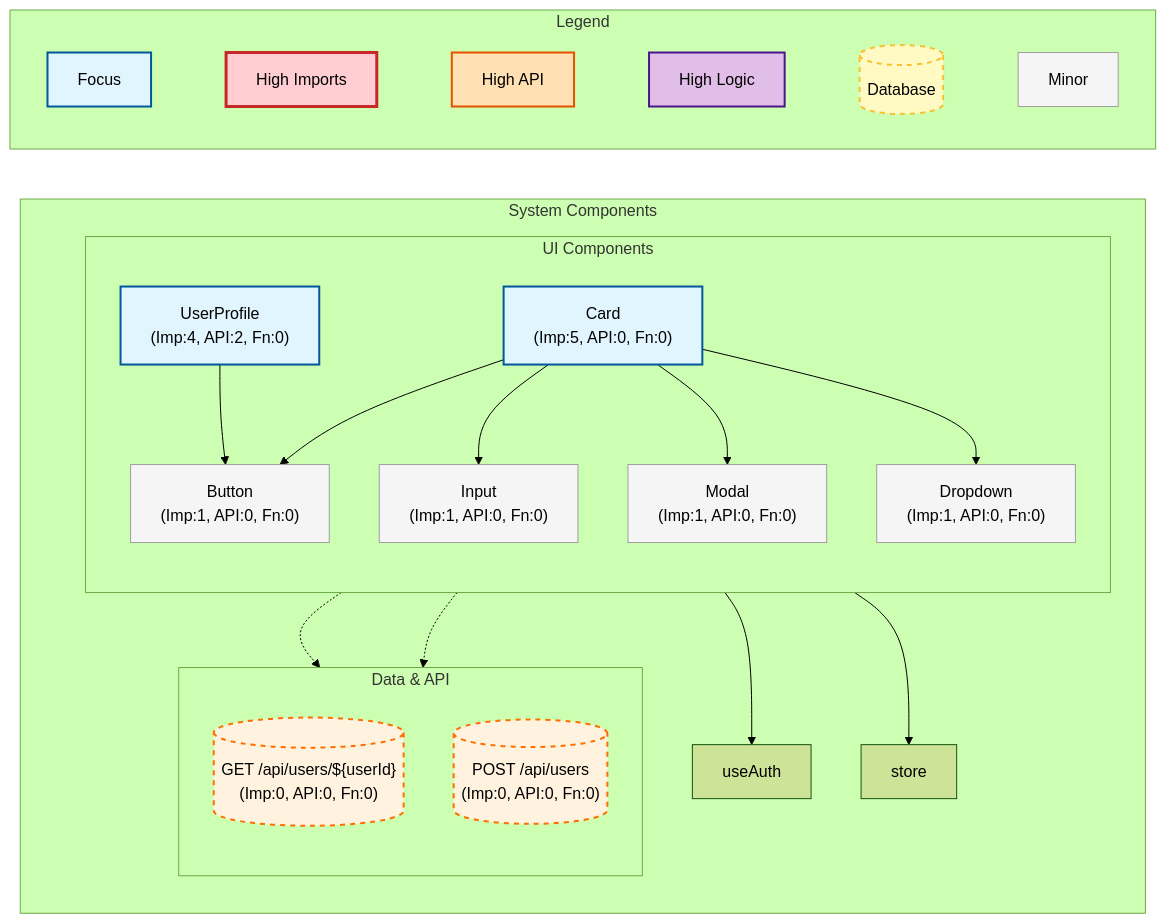
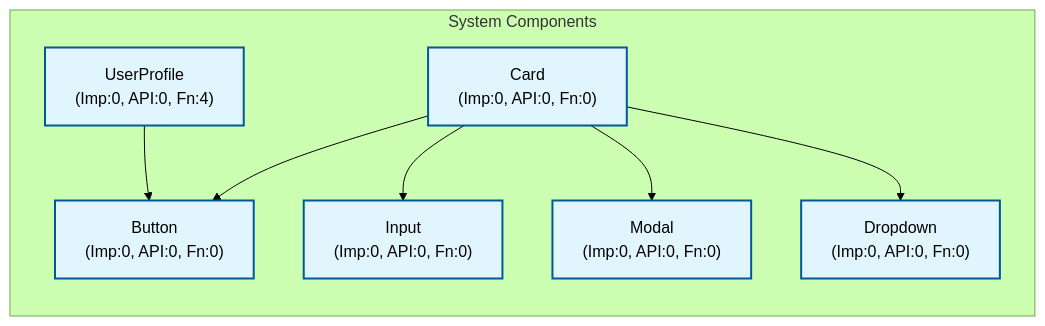
Before and after one commit to oslabs-beta/PatternBook: the first of 2 diagrams in services/test/fixtures/README.md, drawn with Mermaid (forest theme). The commit also changed other lines of this file and 5 other files, not shown here.

Commit message:
refactor: unify parser, fix call-graph logic, and resolve all dev conflicts

````diff
--- a/services/test/fixtures/README.md
+++ b/services/test/fixtures/README.md
@@ -34,43 +34,22 @@
 ```mermaid
 graph TD;
     classDef component fill:#e1f5fe,stroke:#01579b,stroke-width:2px;
-    classDef highImports fill:#ffcdd2,stroke:#c62828,stroke-width:3px;
-    classDef highApi fill:#ffe0b2,stroke:#e65100,stroke-width:2px;
-    classDef highLogic fill:#e1bee7,stroke:#4a148c,stroke-width:2px;
     classDef database fill:#fff9c4,stroke:#fbc02d,stroke-width:2px,stroke-dasharray: 5 5;
     classDef api fill:#fff3e0,stroke:#ff6f00,stroke-width:2px,stroke-dasharray: 5 5;
     classDef hook fill:#f3e5f5,stroke:#7b1fa2,stroke-width:1px;
-    classDef store fill:#e0f2f1,stroke:#2e7d32,stroke-width:2px;
     classDef leaf fill:#f5f5f5,stroke:#9e9e9e,stroke-width:1px;
-    subgraph Legend
-        direction LR
-        L_Focus["Focus"]:::component ~~~ L_Imp["High Imports"]:::highImports ~~~ L_API["High API"]:::highApi ~~~ L_Logic["High Logic"]:::highLogic ~~~ L_DB[("Database")]:::database ~~~ L_Minor["Minor"]:::leaf
-    end
     subgraph System ["System Components"]
     direction TB
-    subgraph UI_Layer ["UI Components"]
-        direction TB
-    Button["Button\n(Imp:1, API:0, Fn:0)"]:::leaf
-    Card["Card\n(Imp:5, API:0, Fn:0)"]:::component
-    Dropdown["Dropdown\n(Imp:1, API:0, Fn:0)"]:::leaf
-    Input["Input\n(Imp:1, API:0, Fn:0)"]:::leaf
-    Modal["Modal\n(Imp:1, API:0, Fn:0)"]:::leaf
-    UserProfile["UserProfile\n(Imp:4, API:2, Fn:0)"]:::component
+    _Users_guesoul_codesmith_PatternBook_services_test_fixtures_Button_tsx["Button\n(Imp:0, API:0, Fn:0)"]:::component
+    _Users_guesoul_codesmith_PatternBook_services_test_fixtures_Card_tsx["Card\n(Imp:0, API:0, Fn:0)"]:::component
+    _Users_guesoul_codesmith_PatternBook_services_test_fixtures_Dropdown_tsx["Dropdown\n(Imp:0, API:0, Fn:0)"]:::component
+    _Users_guesoul_codesmith_PatternBook_services_test_fixtures_Input_tsx["Input\n(Imp:0, API:0, Fn:0)"]:::component
+    _Users_guesoul_codesmith_PatternBook_services_test_fixtures_Modal_tsx["Modal\n(Imp:0, API:0, Fn:0)"]:::component
+    _Users_guesoul_codesmith_PatternBook_services_test_fixtures_UserProfile_tsx["UserProfile\n(Imp:0, API:0, Fn:4)"]:::component
+    _Users_guesoul_codesmith_PatternBook_services_test_fixtures_Card_tsx --> _Users_guesoul_codesmith_PatternBook_services_test_fixtures_Button_tsx
+    _Users_guesoul_codesmith_PatternBook_services_test_fixtures_Card_tsx --> _Users_guesoul_codesmith_PatternBook_services_test_fixtures_Input_tsx
+    _Users_guesoul_codesmith_PatternBook_services_test_fixtures_Card_tsx --> _Users_guesoul_codesmith_PatternBook_services_test_fixtures_Modal_tsx
+    _Users_guesoul_codesmith_PatternBook_services_test_fixtures_Card_tsx --> _Users_guesoul_codesmith_PatternBook_services_test_fixtures_Dropdown_tsx
+    _Users_guesoul_codesmith_PatternBook_services_test_fixtures_UserProfile_tsx --> _Users_guesoul_codesmith_PatternBook_services_test_fixtures_Button_tsx
     end
-    subgraph Data_Layer ["Data & API"]
-        direction TB
-    API_GET__api_users___userId_[("GET /api/users/${userId}\n(Imp:0, API:0, Fn:0)")]:::api
-    API_POST__api_users[("POST /api/users\n(Imp:0, API:0, Fn:0)")]:::api
-    end
-    Card --> Button
-    Card --> Input
-    Card --> Modal
-    Card --> Dropdown
-    UserProfile -.-> API_GET__api_users___userId_
-    UserProfile -.-> API_POST__api_users
-    UserProfile --> Button
-    UserProfile --> useAuth
-    UserProfile --> store
-    end
-    Legend ~~~ System
 ```
````
